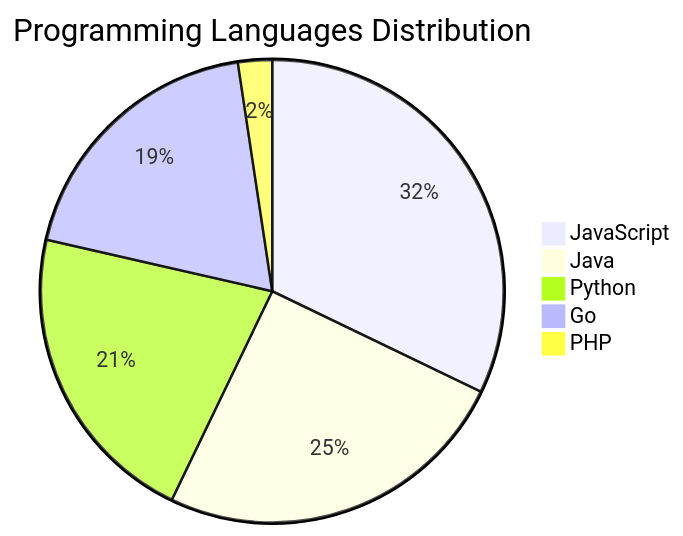
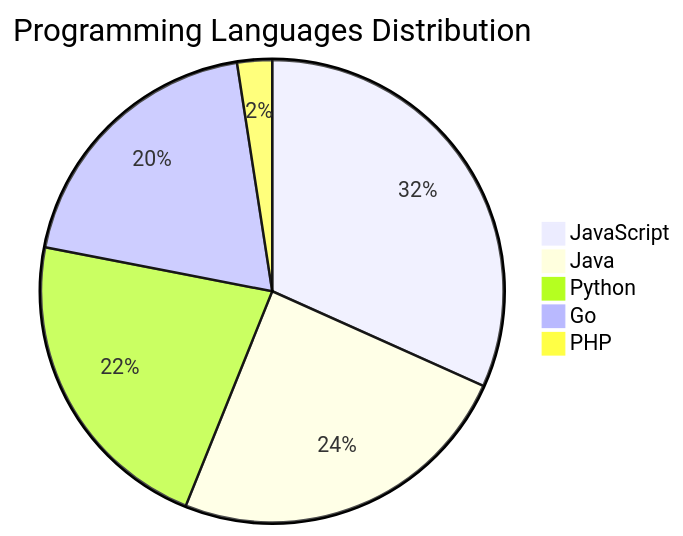
One commit to Derrick-MUGISHA/github-activity-bot changed the diagram in README.md. Above: the diagram before and after it, drawn with Mermaid. The commit also changed other lines of this file and 3 other files, not shown here.

````diff
--- a/README.md
+++ b/README.md
@@ -71,8 +71,8 @@
 ```mermaid
 pie title Programming Languages Distribution
-    "JavaScript" : 27
-    "Java" : 21
+    "JavaScript" : 26
+    "Java" : 20
     "Python" : 18
     "Go" : 16
     "PHP" : 2
 ```
````
